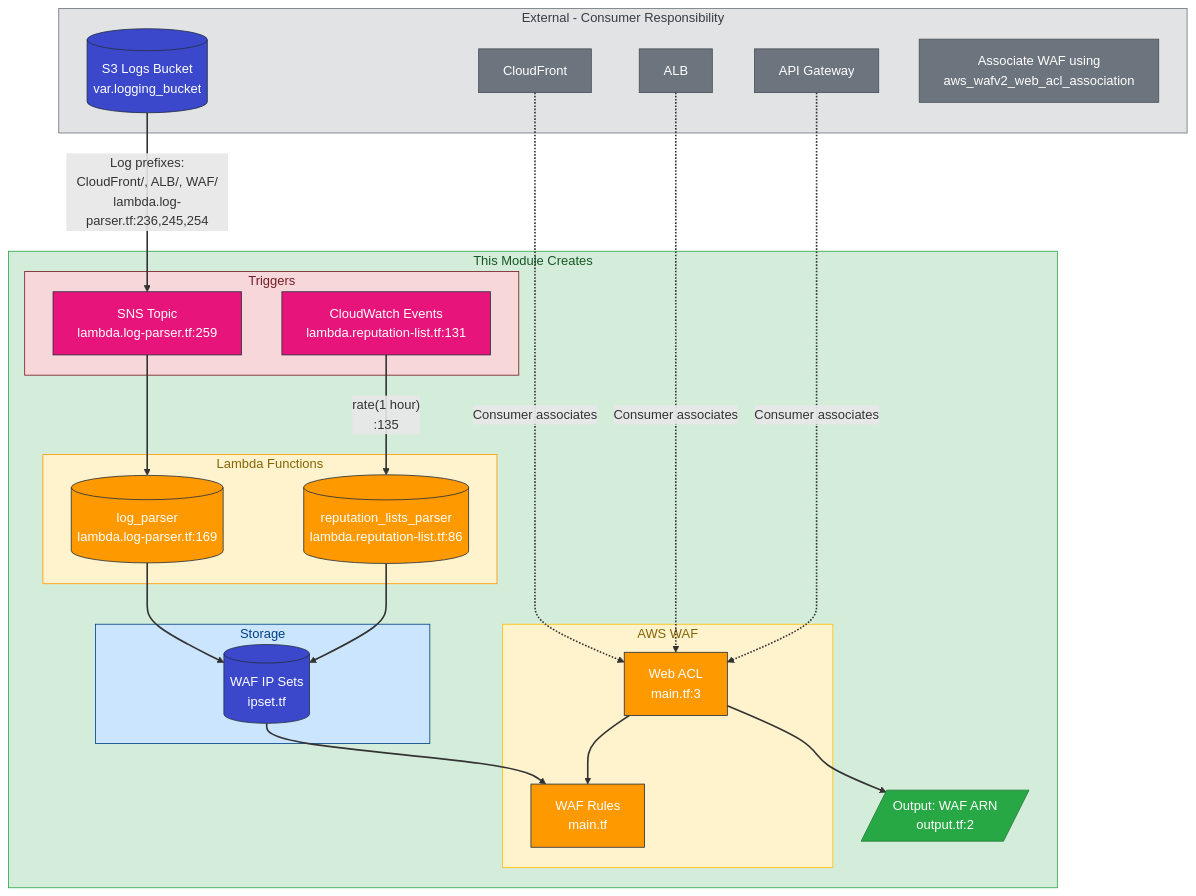
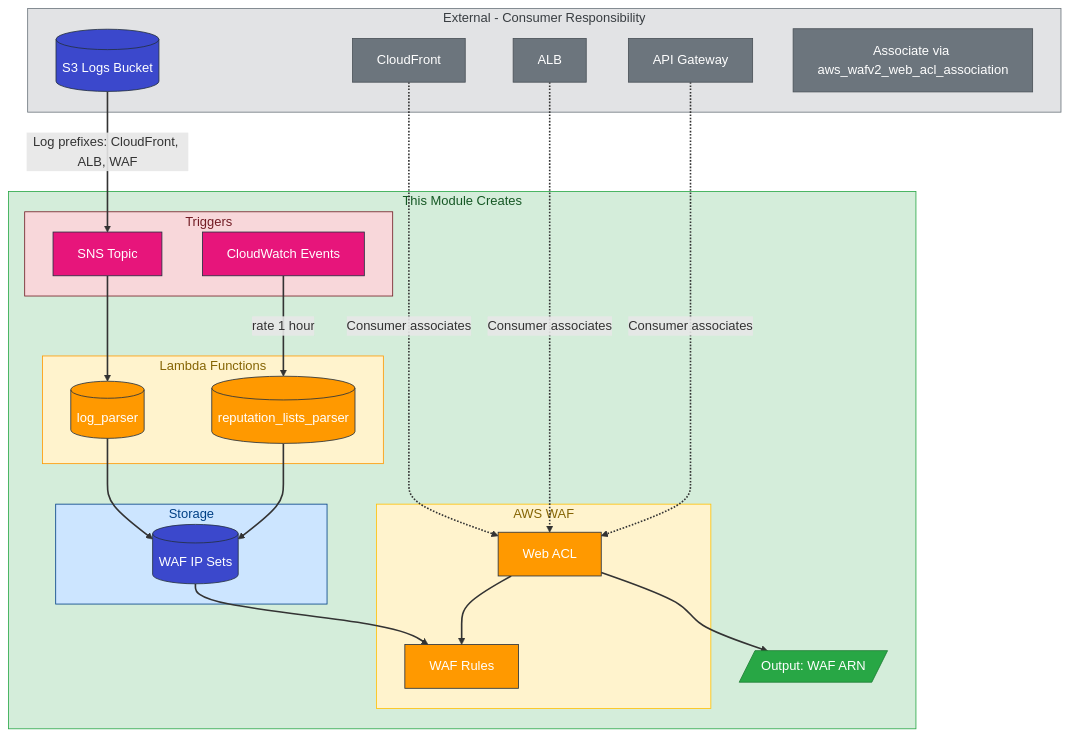
Before and after one commit to datastreamapp/terraform-waf-module: the first of 7 diagrams in docs/ARCHITECTURE.md, drawn with Mermaid. The commit also changed other lines of this file and 2 other files, not shown here.

First line of the commit message:
docs: update CI/CD pipeline diagrams to show complete flow

````diff
--- a/docs/ARCHITECTURE.md
+++ b/docs/ARCHITECTURE.md
@@ -7,66 +7,66 @@
 ```mermaid
 flowchart TB
     subgraph Module["This Module Creates"]
         subgraph WAF["AWS WAF"]
-            ACL[Web ACL<br/>main.tf:3]
-            Rules[WAF Rules<br/>main.tf]
+            ACL["Web ACL"]
+            Rules["WAF Rules"]
         end
 
         subgraph Lambda["Lambda Functions"]
-            LP[("log_parser<br/>lambda.log-parser.tf:169")]
-            RP[("reputation_lists_parser<br/>lambda.reputation-list.tf:86")]
+            LP[("log_parser")]
+            RP[("reputation_lists_parser")]
         end
 
         subgraph Storage["Storage"]
-            IPSet[(WAF IP Sets<br/>ipset.tf)]
+            IPSet[("WAF IP Sets")]
         end
 
         subgraph Triggers["Triggers"]
-            SNS[SNS Topic<br/>lambda.log-parser.tf:259]
-            CW[CloudWatch Events<br/>lambda.reputation-list.tf:131]
+            SNS["SNS Topic"]
+            CW["CloudWatch Events"]
         end
 
-        Output[/"Output: WAF ARN<br/>output.tf:2"/]
+        Output[/"Output: WAF ARN"/]
     end
 
     subgraph External["External - Consumer Responsibility"]
-        S3[(S3 Logs Bucket<br/>var.logging_bucket)]
+        S3[("S3 Logs Bucket")]
         CF[CloudFront]
         ALB[ALB]
         APIGW[API Gateway]
-        Note["Associate WAF using<br/>aws_wafv2_web_acl_association"]
+        Note["Associate via aws_wafv2_web_acl_association"]
     end
 
     CF & ALB & APIGW -.->|"Consumer associates"| ACL
     ACL --> Rules
-    S3 -->|"Log prefixes:<br/>CloudFront/, ALB/, WAF/<br/>lambda.log-parser.tf:236,245,254"| SNS
+    S3 -->|"Log prefixes: CloudFront, ALB, WAF"| SNS
     SNS --> LP
     LP --> IPSet
-    CW -->|"rate(1 hour)<br/>:135"| RP
+    CW -->|"rate 1 hour"| RP
     RP --> IPSet
     IPSet --> Rules
     ACL --> Output
 
     style Module fill:#d4edda,stroke:#28a745,color:#155724
     style External fill:#e2e3e5,stroke:#6c757d,color:#383d41
     style WAF fill:#fff3cd,stroke:#ffc107,color:#856404
     style Lambda fill:#fff3cd,stroke:#FF9900,color:#856404
     style Storage fill:#cce5ff,stroke:#004085,color:#004085
     style Triggers fill:#f8d7da,stroke:#721c24,color:#721c24
 
     classDef wafNode fill:#FF9900,stroke:#232F3E,color:white
     classDef lambdaNode fill:#FF9900,stroke:#232F3E,color:white
     classDef storageNode fill:#3B48CC,stroke:#232F3E,color:white
     classDef triggerNode fill:#E7157B,stroke:#232F3E,color:white
     classDef externalNode fill:#6c757d,stroke:#495057,color:white
     classDef outputNode fill:#28a745,stroke:#1e7e34,color:white
 
     class ACL,Rules wafNode
     class LP,RP lambdaNode
     class IPSet,S3 storageNode
     class SNS,CW triggerNode
     class CF,ALB,APIGW,Note externalNode
     class Output outputNode
 
     linkStyle default stroke:#333,stroke-width:2px
 ```
````
